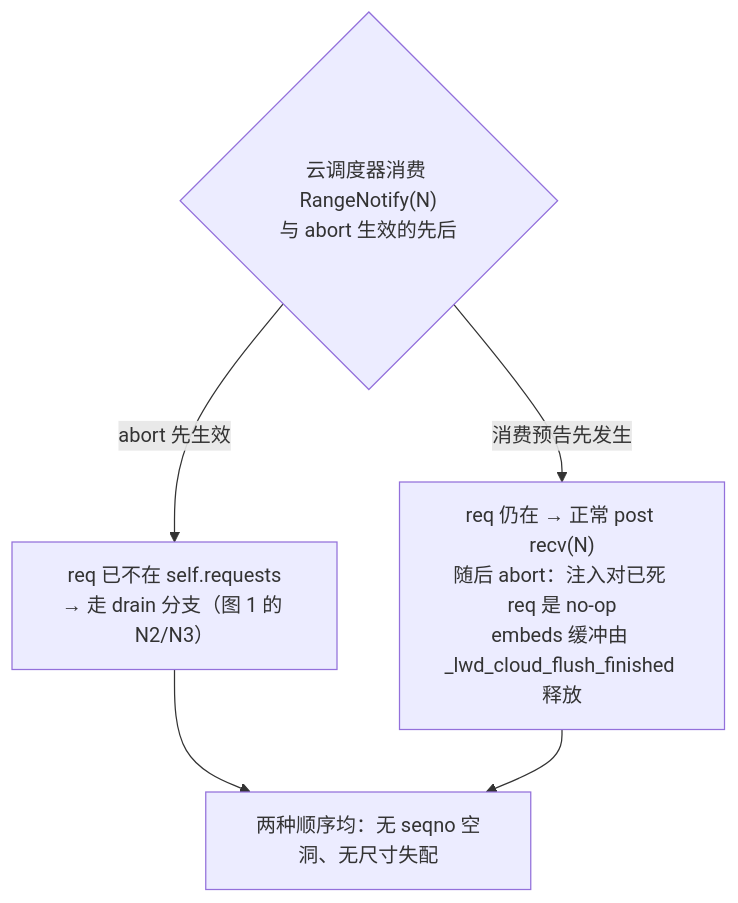
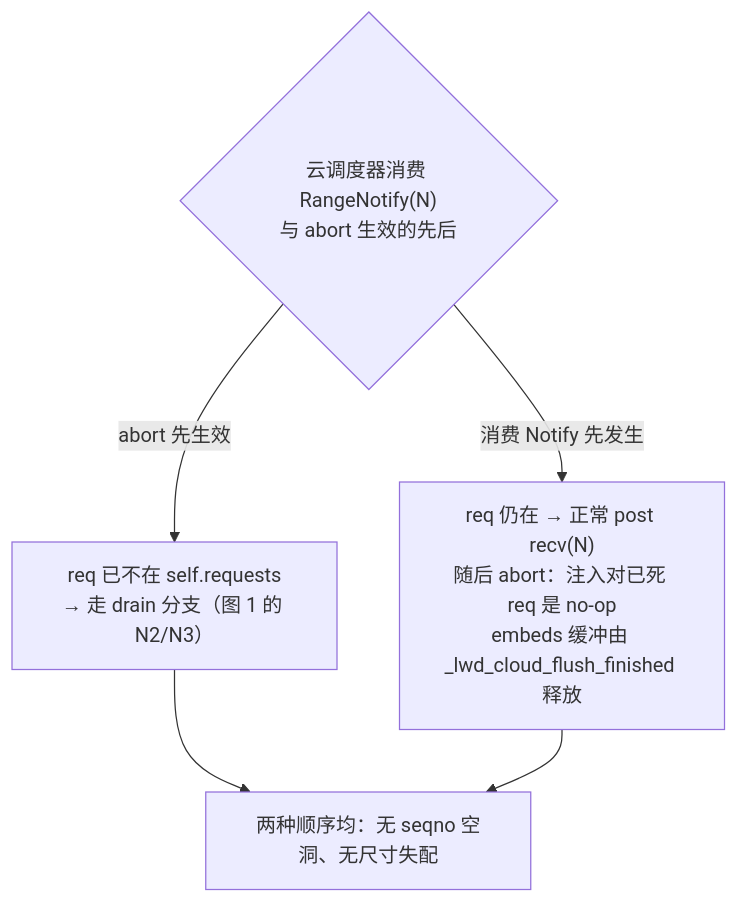
The fourth of 4 diagrams in vllm/请求abort-流程图.md (fei-cn-xie/assets), drawn with Mermaid before and after one commit. The commit also changed other lines of this file and 3 other files, not shown here.

````diff
--- a/vllm/请求abort-流程图.md
+++ b/vllm/请求abort-流程图.md
@@ -168,10 +170,10 @@
 ```mermaid
 flowchart TD
     Q{"云调度器消费 RangeNotify(N)<br/>与 abort 生效的先后"}
 
     Q -- "abort 先生效" --> P1["req 已不在 self.requests<br/>→ 走 drain 分支（图 1 的 N2/N3）"]
-    Q -- "消费预告先发生" --> P2["req 仍在 → 正常 post recv(N)<br/>随后 abort：注入对已死 req 是 no-op<br/>embeds 缓冲由 _lwd_cloud_flush_finished 释放"]
+    Q -- "消费 Notify 先发生" --> P2["req 仍在 → 正常 post recv(N)<br/>随后 abort：注入对已死 req 是 no-op<br/>embeds 缓冲由 _lwd_cloud_flush_finished 释放"]
 
     P1 --> R["两种顺序均：无 seqno 空洞、无尺寸失配"]
     P2 --> R
 ```
````
